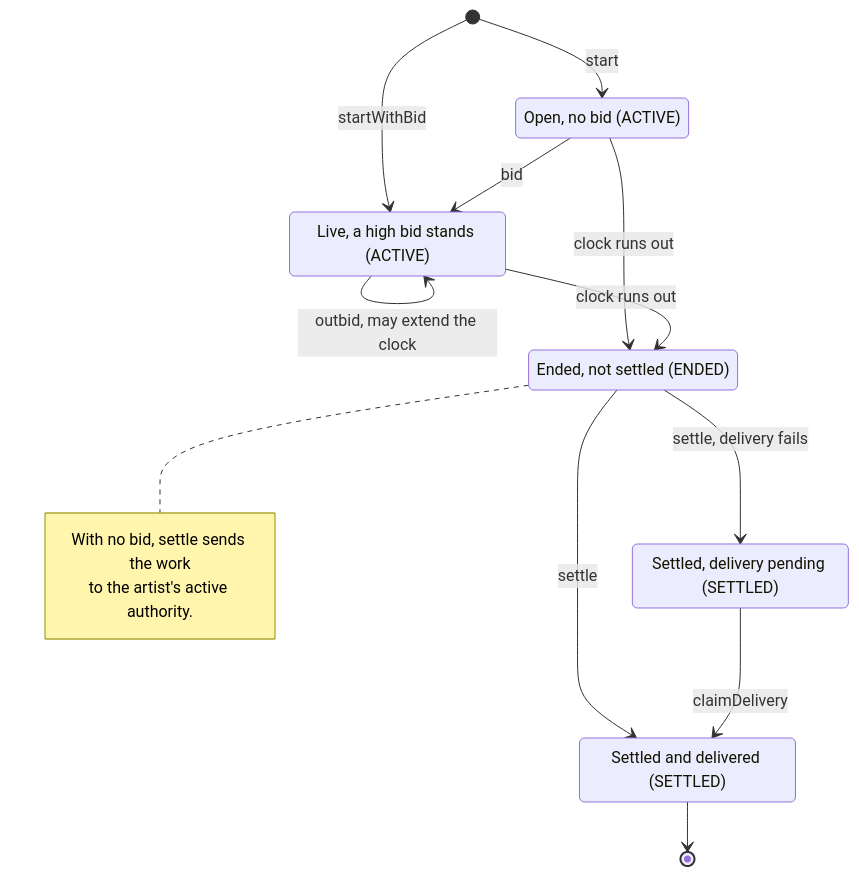
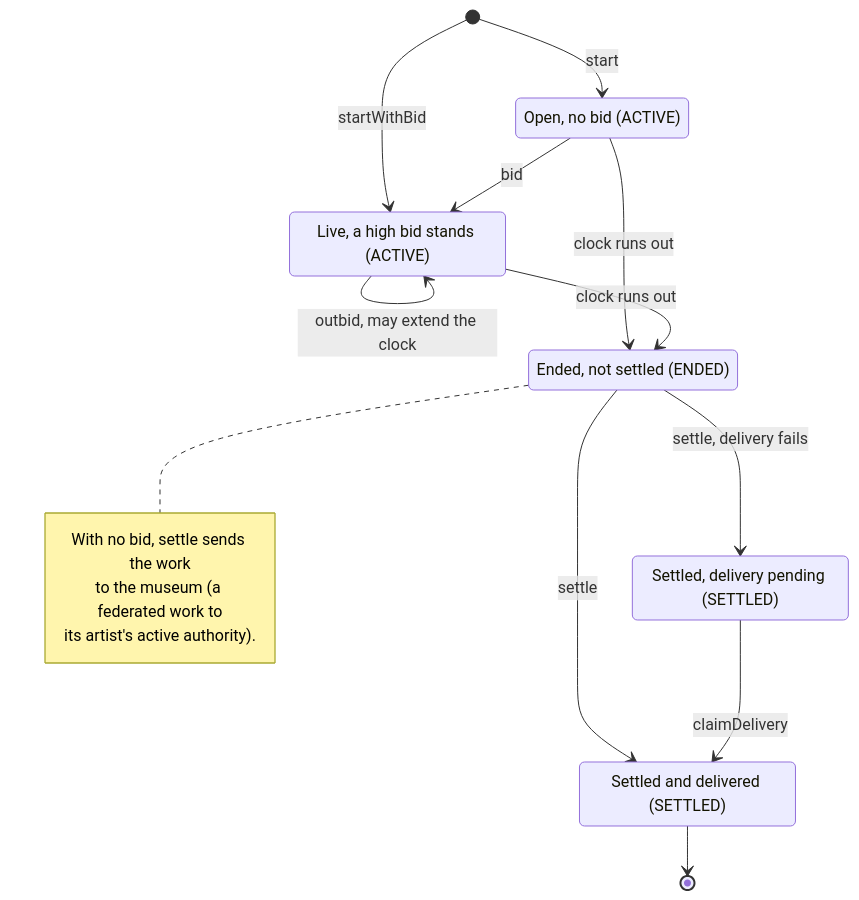
The second of 11 diagrams in docs/spec/stream-and-auctions.md (6529-Collections/6529-works), drawn with Mermaid before and after one commit. The commit also changed other lines of this file and 53 other files, not shown here.

````diff
--- a/docs/spec/stream-and-auctions.md
+++ b/docs/spec/stream-and-auctions.md
@@ -128,22 +135,23 @@
 ```mermaid
 stateDiagram-v2
     state "Open, no bid (ACTIVE)" as Open
     state "Live, a high bid stands (ACTIVE)" as Live
     state "Ended, not settled (ENDED)" as Ended
     state "Settled and delivered (SETTLED)" as Delivered
     state "Settled, delivery pending (SETTLED)" as Pending
     [*] --> Open : start
     [*] --> Live : startWithBid
     Open --> Live : bid
     Live --> Live : outbid, may extend the clock
     Open --> Ended : clock runs out
     Live --> Ended : clock runs out
     Ended --> Delivered : settle
     Ended --> Pending : settle, delivery fails
     Pending --> Delivered : claimDelivery
     Delivered --> [*]
     note right of Ended
         With no bid, settle sends the work
-        to the artist's active authority.
+        to the museum (a federated work to
+        its artist's active authority).
     end note
 ```
````
